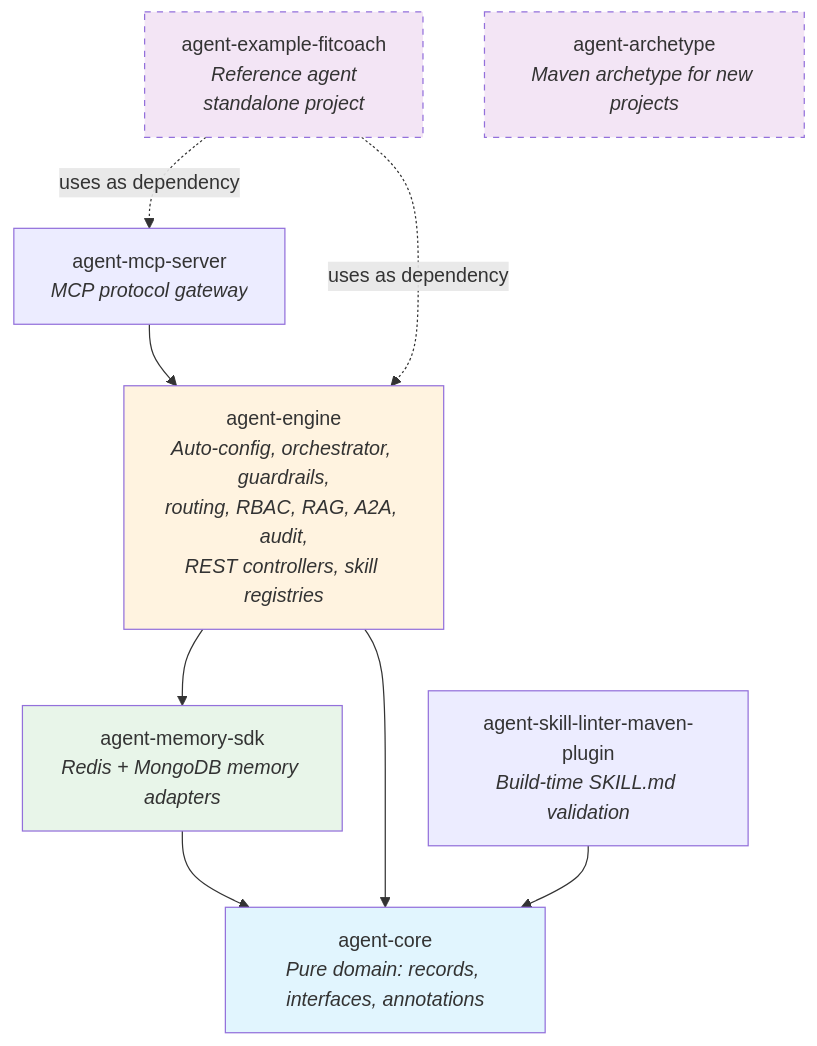
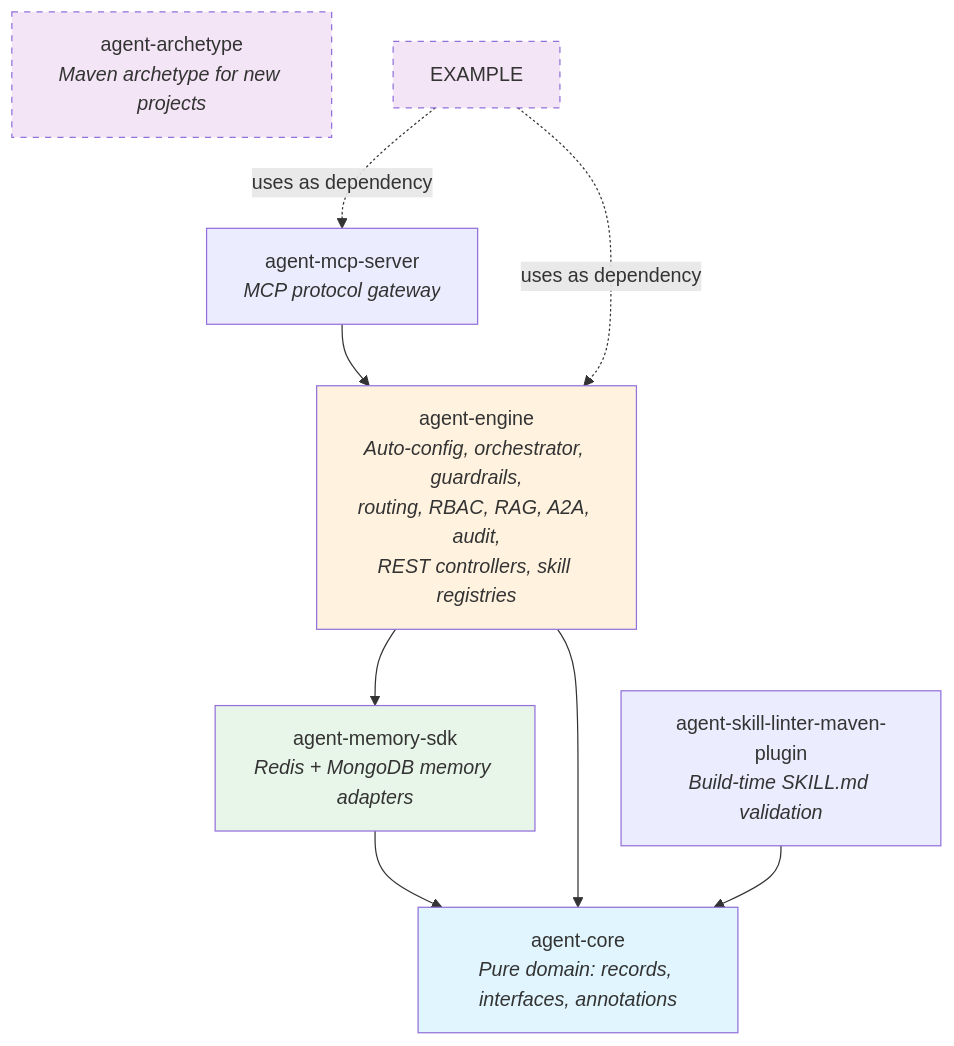
Before and after one commit to GiskardB/gargantua: the seventh of 8 diagrams in docs/architecture-diagrams.md, drawn with Mermaid. The commit also changed 78 other files, not shown here.

````diff
--- a/docs/architecture-diagrams.md
+++ b/docs/architecture-diagrams.md
@@ -277,32 +277,29 @@
 ```mermaid
 graph TD
     CORE[agent-core<br/><i>Pure domain: records, interfaces, annotations</i>]
 
     MEMORY[agent-memory-sdk<br/><i>Redis + MongoDB memory adapters</i>]
 
     ENGINE[agent-engine<br/><i>Auto-config, orchestrator, guardrails,<br/>routing, RBAC, RAG, A2A, audit,<br/>REST controllers, skill registries</i>]
 
     MCP[agent-mcp-server<br/><i>MCP protocol gateway</i>]
-
-    EXAMPLE[agent-example-fitcoach<br/><i>Reference agent<br/>standalone project</i>]
-
 
     LINTER[agent-skill-linter-maven-plugin<br/><i>Build-time SKILL.md validation</i>]
 
     ARCHETYPE[agent-archetype<br/><i>Maven archetype for new projects</i>]
 
     MEMORY --> CORE
     ENGINE --> CORE
     ENGINE --> MEMORY
     MCP --> ENGINE
     LINTER --> CORE
 
     EXAMPLE -.->|uses as dependency| ENGINE
     EXAMPLE -.->|uses as dependency| MCP
 
     style CORE fill:#e1f5fe
     style MEMORY fill:#e8f5e9
     style ENGINE fill:#fff3e0
     style EXAMPLE fill:#f3e5f5,stroke-dasharray: 5 5
     style ARCHETYPE fill:#f3e5f5,stroke-dasharray: 5 5
 ```
````
